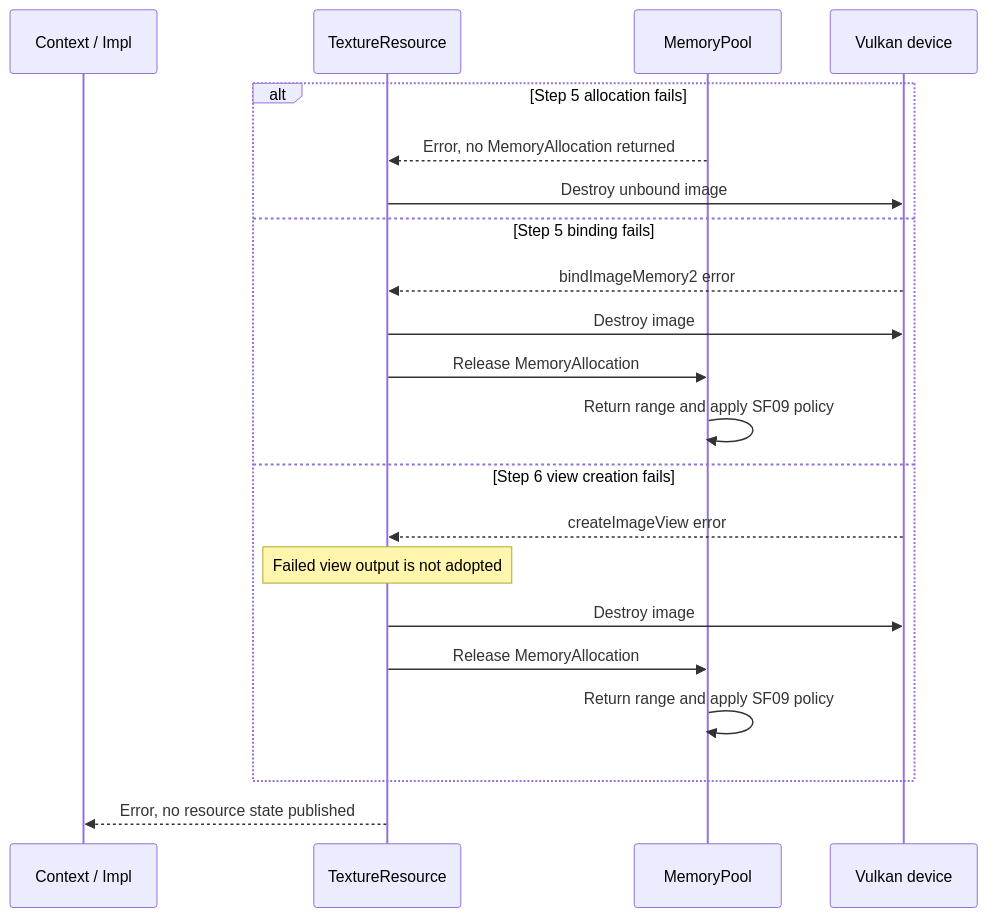
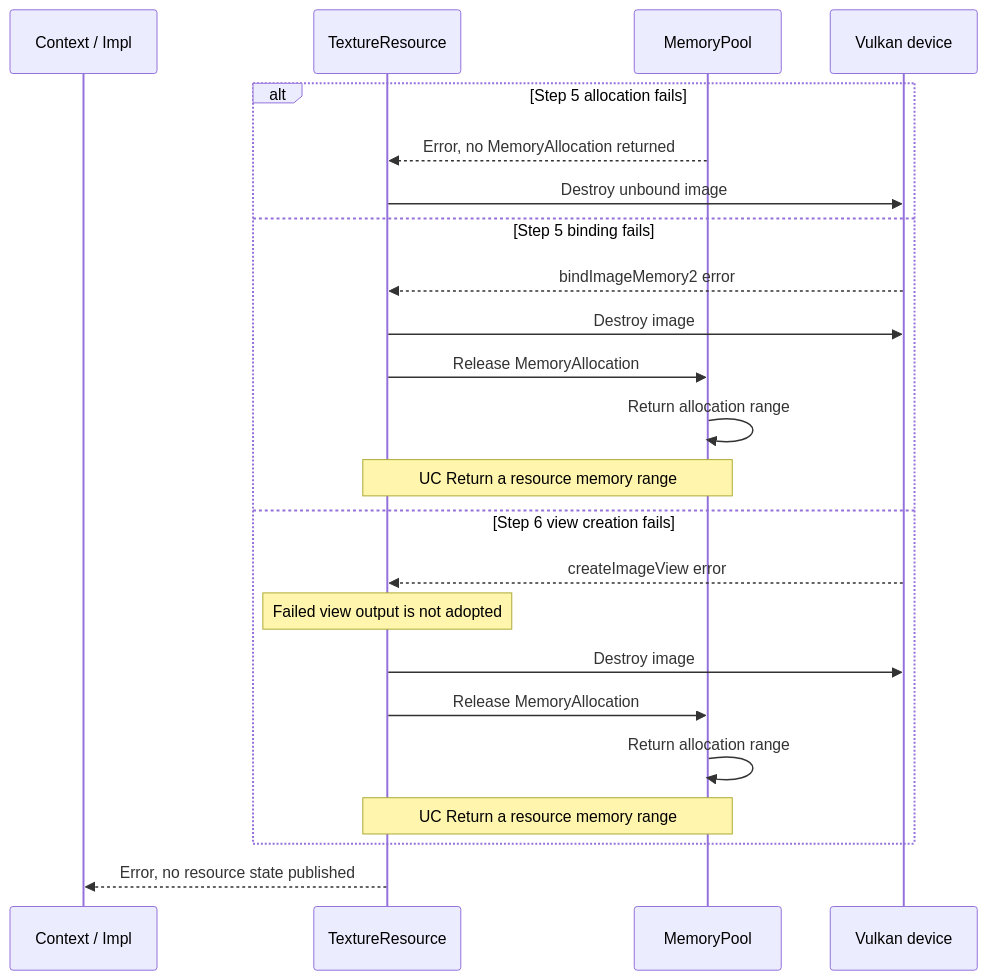
One commit to a-soltysik/Panda changed the second of 2 diagrams in docs/use-cases/create-texture.md. Above: the diagram before and after it, drawn with Mermaid. The commit also changed other lines of this file and 23 other files, not shown here.

Commit message:
Align use-case references and document shared upload flows (#82)

````diff
--- a/docs/use-cases/create-texture.md
+++ b/docs/use-cases/create-texture.md
@@ -139,23 +132,25 @@
 ```mermaid
 sequenceDiagram
     participant C as Context / Impl
     participant T as TextureResource
     participant P as MemoryPool
     participant V as Vulkan device
     alt Step 5 allocation fails
         P -->> T: Error, no MemoryAllocation returned
         T ->> V: Destroy unbound image
     else Step 5 binding fails
         V -->> T: bindImageMemory2 error
         T ->> V: Destroy image
         T ->> P: Release MemoryAllocation
-        P ->> P: Return range and apply SF09 policy
+        P ->> P: Return allocation range
+        Note over T,P: UC Return a resource memory range
     else Step 6 view creation fails
         V -->> T: createImageView error
         Note over T: Failed view output is not adopted
         T ->> V: Destroy image
         T ->> P: Release MemoryAllocation
-        P ->> P: Return range and apply SF09 policy
+        P ->> P: Return allocation range
+        Note over T,P: UC Return a resource memory range
     end
     T -->> C: Error, no resource state published
 ```
````
